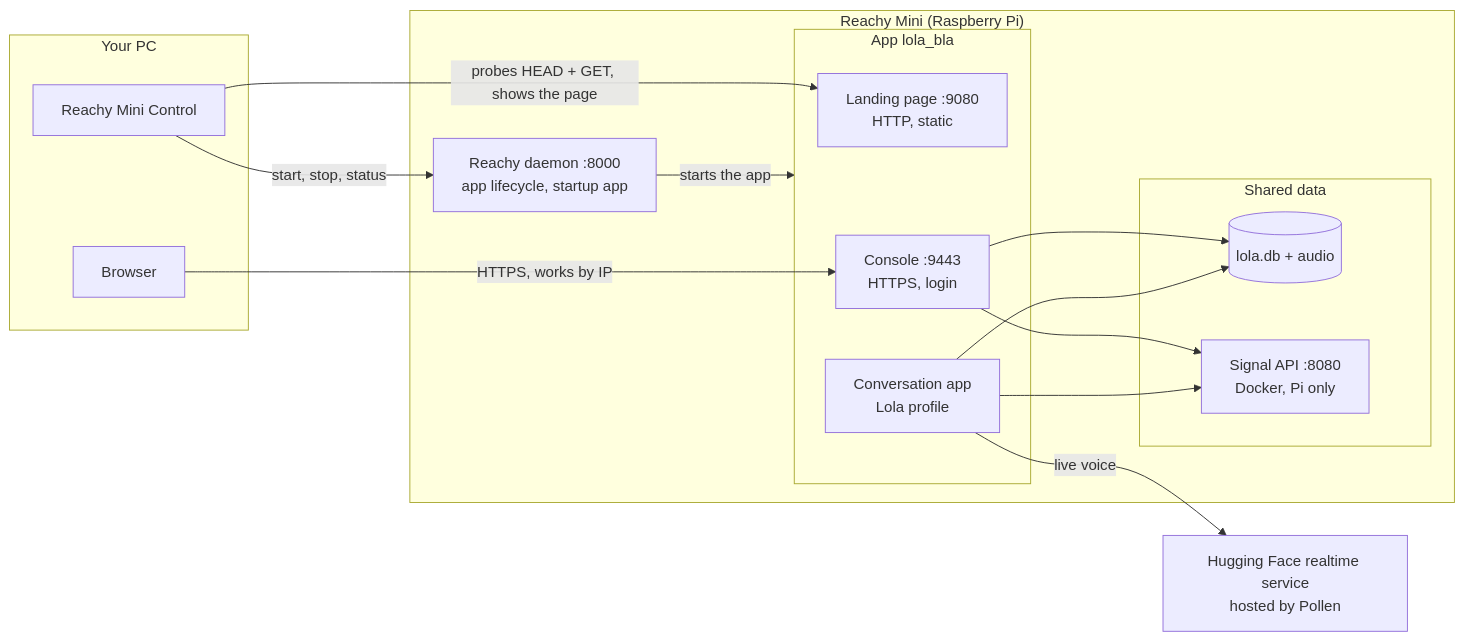
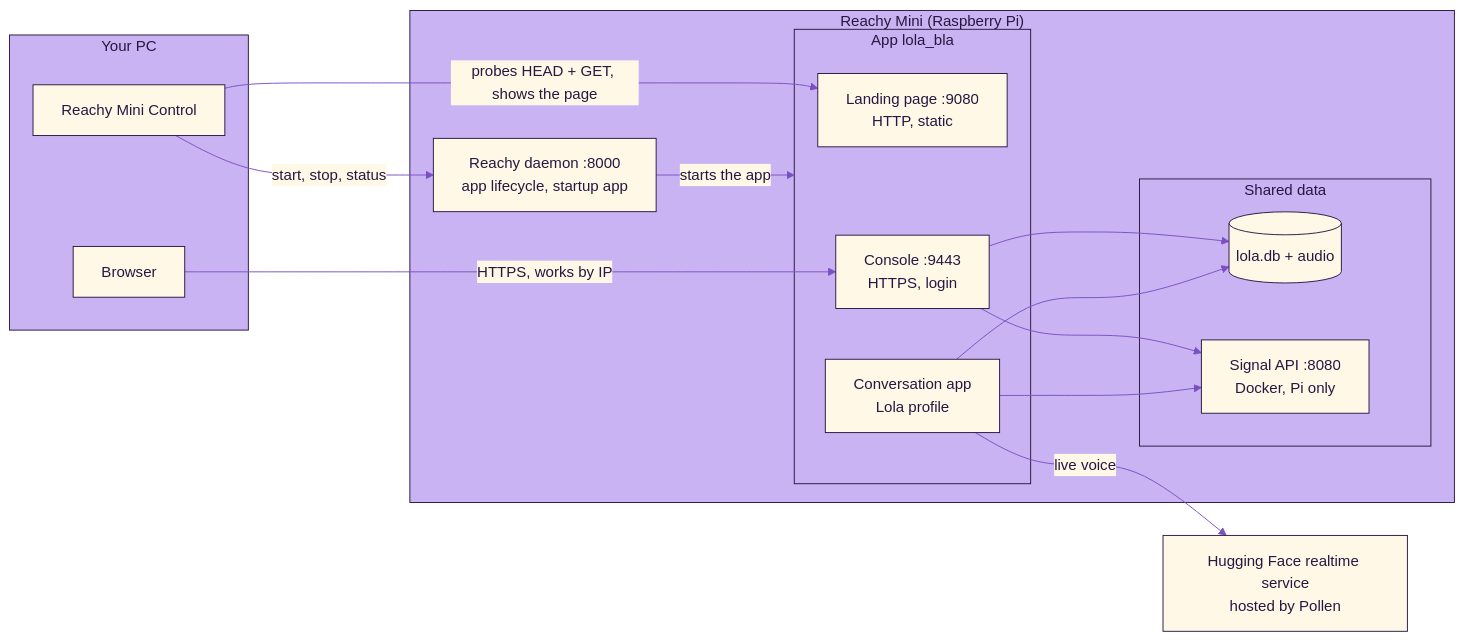
Before and after one commit to betiana688/lola-bla: the first of 3 diagrams in docs/architecture/console-redesign.md, drawn with Mermaid. The commit also changed other lines of this file and 10 other files, not shown here.

Commit message:
docs round 1: brand colours on all 24 diagrams, docs home with two ways in, README status and limits brought up to date, console page table, backlog (guide for users, promo video)

````diff
--- a/docs/architecture/console-redesign.md
+++ b/docs/architecture/console-redesign.md
@@ -25,29 +25,30 @@
 ```mermaid
+%%{init: {"theme":"base","themeVariables":{"primaryColor":"#FFF8E7","primaryTextColor":"#2A1640","primaryBorderColor":"#2A1640","lineColor":"#7B4FC4","textColor":"#7B4FC4","secondaryColor":"#F7D33E","tertiaryColor":"#C9B3F2","noteBkgColor":"#F7D33E","noteTextColor":"#2A1640","noteBorderColor":"#2A1640","actorBkg":"#FFF8E7","actorBorder":"#2A1640","actorTextColor":"#2A1640","actorLineColor":"#7B4FC4","signalColor":"#7B4FC4","signalTextColor":"#7B4FC4","labelBoxBkgColor":"#FFF8E7","labelBoxBorderColor":"#2A1640","labelTextColor":"#2A1640","loopTextColor":"#7B4FC4","edgeLabelBackground":"#FFF8E7","clusterBkg":"#C9B3F2","clusterBorder":"#2A1640","titleColor":"#2A1640"}}}%%
 flowchart LR
   subgraph PC["Your PC"]
     CTRL["Reachy Mini Control"]
     BR["Browser"]
   end
   subgraph ROBOT["Reachy Mini (Raspberry Pi)"]
     D["Reachy daemon :8000<br/>app lifecycle, startup app"]
     subgraph APP["App lola_bla"]
       L["Landing page :9080<br/>HTTP, static"]
       C["Console :9443<br/>HTTPS, login"]
       V["Conversation app<br/>Lola profile"]
     end
     subgraph DATA["Shared data"]
       DB[("lola.db + audio")]
       S["Signal API :8080<br/>Docker, Pi only"]
     end
   end
   HF["Hugging Face realtime service<br/>hosted by Pollen"]
   CTRL -->|"start, stop, status"| D
   D -->|"starts the app"| APP
   CTRL -->|"probes HEAD + GET, shows the page"| L
   BR -->|"HTTPS, works by IP"| C
   C --> DB
   C --> S
   V --> DB
   V --> S
   V -->|"live voice"| HF
 ```
````
